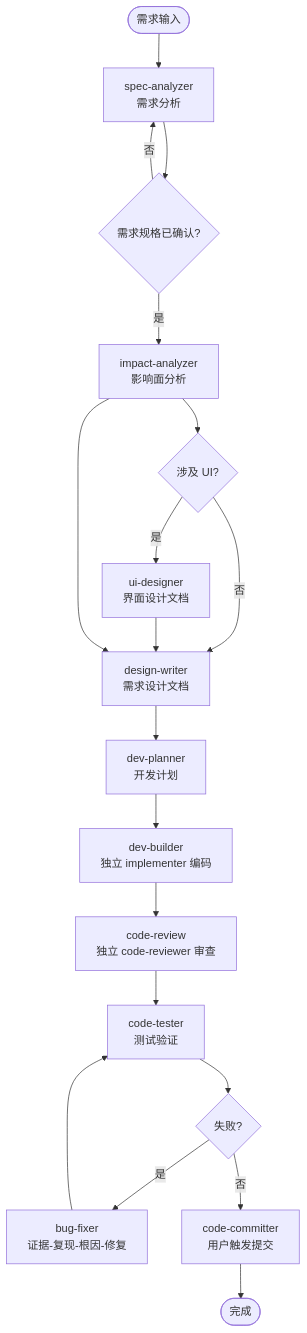
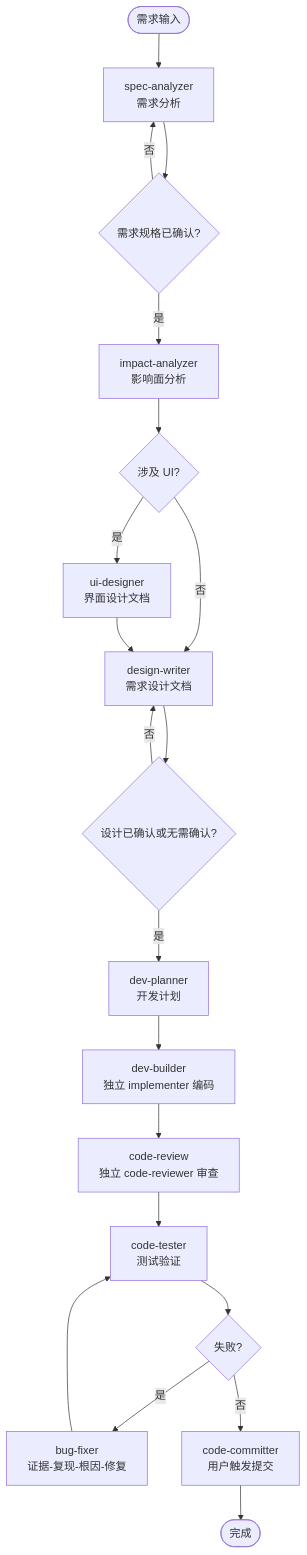
One commit to Herxinsasa/DevFlow changed the diagram in README.md. Above: the diagram before and after it, drawn with Mermaid. The commit also changed other lines of this file and 16 other files, not shown here.

Commit message:
【DevFlow】 修改: -删除 Stop → stop-gate，AI 正常结束回复不再被误判为开发完成 -新增 review-check.ps1，pre-commit 会校验暂存代码是否已审查，以及审查后是否再次变化 -详设增加按需“运行时约束”：线程、并发、缓存、资源生命周期、性能 -中/大需求及关键风险需求增加设计确认门 -开发计划记录基线提交和迭代开始时已有变更，防止混入用户原有代码 -删除未决问题中的“默认假设/默认处理” -修正流程图中 UI 需求可绕过 ui-designer 的旁路

````diff
--- a/README.md
+++ b/README.md
@@ -50,21 +50,22 @@
 ```mermaid
 flowchart TB
     START(["需求输入"]) --> SPEC["spec-analyzer<br/>需求分析"]
     SPEC --> CONFIRM{"需求规格已确认?"}
     CONFIRM -->|"否"| SPEC
     CONFIRM -->|"是"| IMPACT["impact-analyzer<br/>影响面分析"]
     IMPACT --> UI{"涉及 UI?"}
     UI -->|"是"| UID["ui-designer<br/>界面设计文档"]
     UI -->|"否"| DESIGN
     UID --> DESIGN["design-writer<br/>需求设计文档"]
-    IMPACT --> DESIGN
-    DESIGN --> PLAN["dev-planner<br/>开发计划"]
+    DESIGN --> DCONF{"设计已确认或无需确认?"}
+    DCONF -->|"否"| DESIGN
+    DCONF -->|"是"| PLAN["dev-planner<br/>开发计划"]
     PLAN --> BUILD["dev-builder<br/>独立 implementer 编码"]
     BUILD --> REVIEW["code-review<br/>独立 code-reviewer 审查"]
     REVIEW --> TEST["code-tester<br/>测试验证"]
     TEST --> BUG{"失败?"}
     BUG -->|"是"| FIX["bug-fixer<br/>证据-复现-根因-修复"]
     FIX --> TEST
     BUG -->|"否"| COMMIT["code-committer<br/>用户触发提交"]
     COMMIT --> DONE(["完成"])
 ```
````
